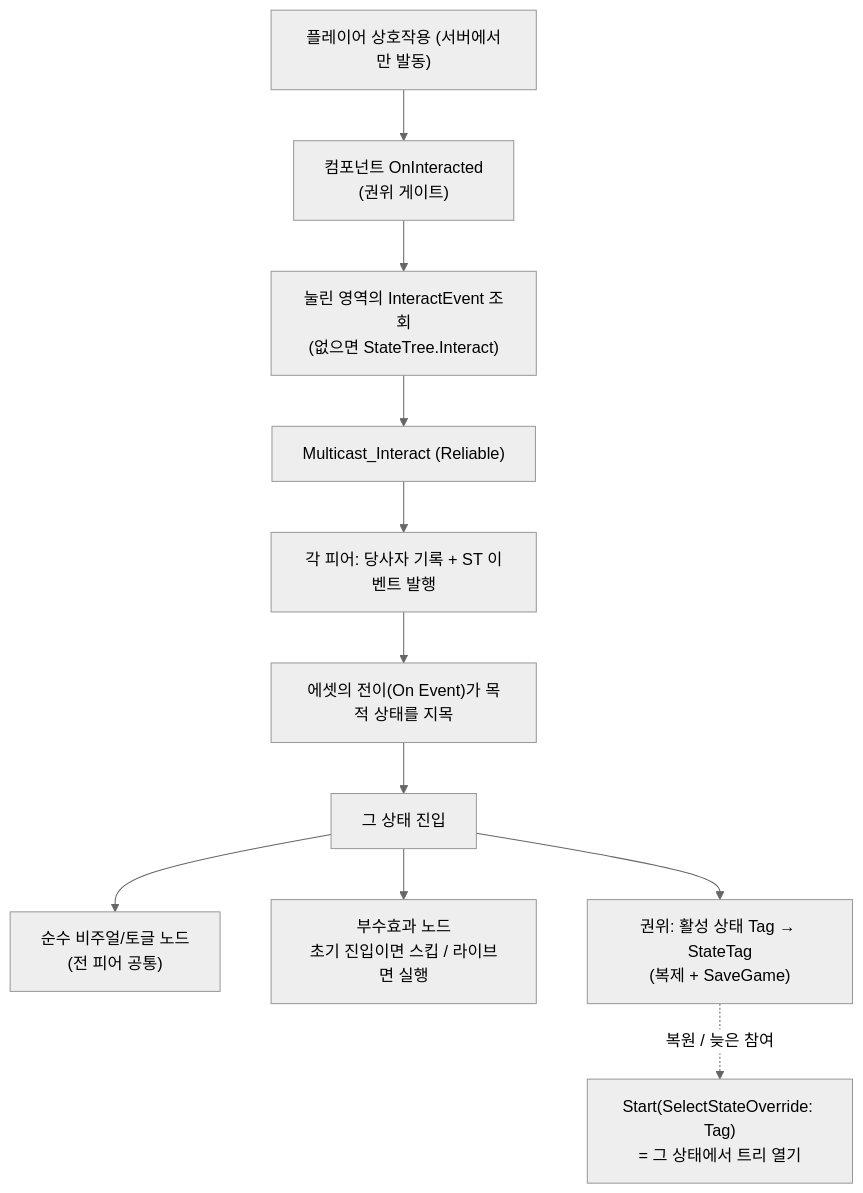
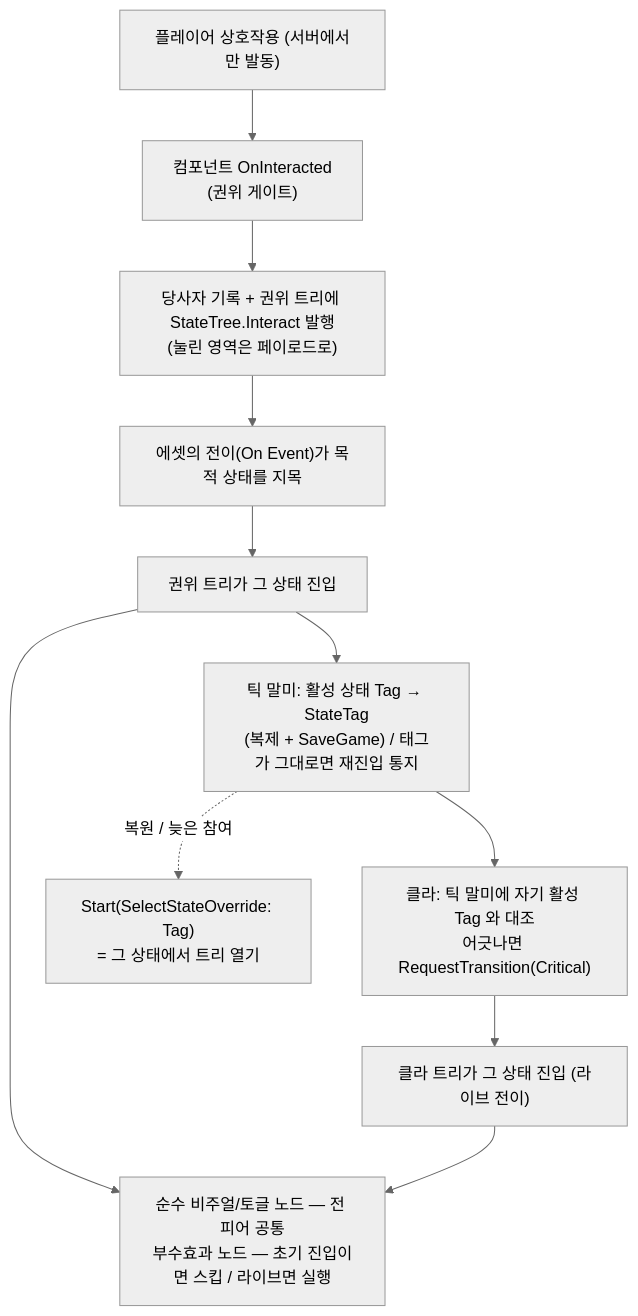
One commit to Woogl/ProjectWx changed the diagram in Docs/Programmer/Gimmick_State_Authority.md. Above: the diagram before and after it, drawn with Mermaid (neutral theme). The commit also changed other lines of this file and 4 other files, not shown here.

````diff
--- a/Docs/Programmer/Gimmick_State_Authority.md
+++ b/Docs/Programmer/Gimmick_State_Authority.md
@@ -50,13 +50,14 @@
 ```mermaid
 flowchart TD
     Input["플레이어 상호작용 (서버에서만 발동)"] --> OnInteracted["컴포넌트 OnInteracted<br/>(권위 게이트)"]
-    OnInteracted --> Lookup["눌린 영역의 InteractEvent 조회<br/>(없으면 StateTree.Interact)"]
-    Lookup --> Multicast["Multicast_Interact (Reliable)"]
-    Multicast --> Peers["각 피어: 당사자 기록 + ST 이벤트 발행"]
-    Peers --> Trans["에셋의 전이(On Event)가 목적 상태를 지목"]
-    Trans --> Enter["그 상태 진입"]
-    Enter --> Pure["순수 비주얼/토글 노드<br/>(전 피어 공통)"]
-    Enter --> Side["부수효과 노드<br/>초기 진입이면 스킵 / 라이브면 실행"]
-    Enter --> Save["권위: 활성 상태 Tag → StateTag<br/>(복제 + SaveGame)"]
+    OnInteracted --> Send["당사자 기록 + 권위 트리에 StateTree.Interact 발행<br/>(눌린 영역은 페이로드로)"]
+    Send --> Trans["에셋의 전이(On Event)가 목적 상태를 지목"]
+    Trans --> Enter["권위 트리가 그 상태 진입"]
+    Enter --> Save["틱 말미: 활성 상태 Tag → StateTag<br/>(복제 + SaveGame) / 태그가 그대로면 재진입 통지"]
+    Save --> Follow["클라: 틱 말미에 자기 활성 Tag 와 대조<br/>어긋나면 RequestTransition(Critical)"]
+    Follow --> CEnter["클라 트리가 그 상태 진입 (라이브 전이)"]
+    Enter --> Nodes
+    CEnter --> Nodes
+    Nodes["순수 비주얼/토글 노드 — 전 피어 공통<br/>부수효과 노드 — 초기 진입이면 스킵 / 라이브면 실행"]
     Save -. "복원 / 늦은 참여" .-> Start["Start(SelectStateOverride: Tag)<br/>= 그 상태에서 트리 열기"]
 ```
````
